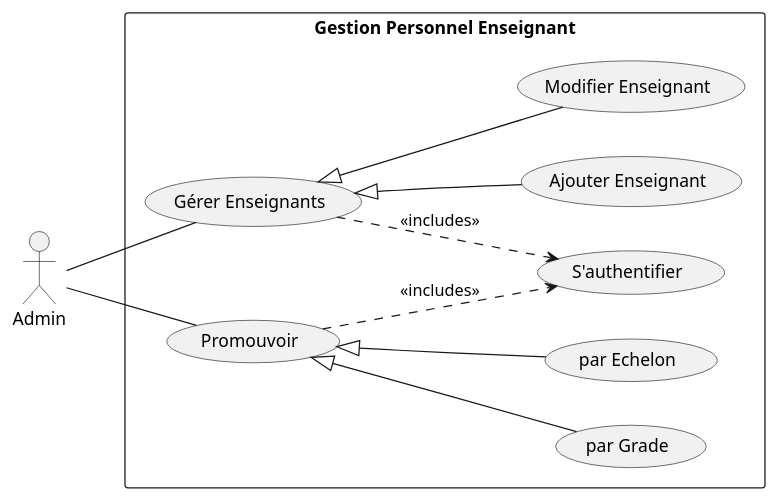
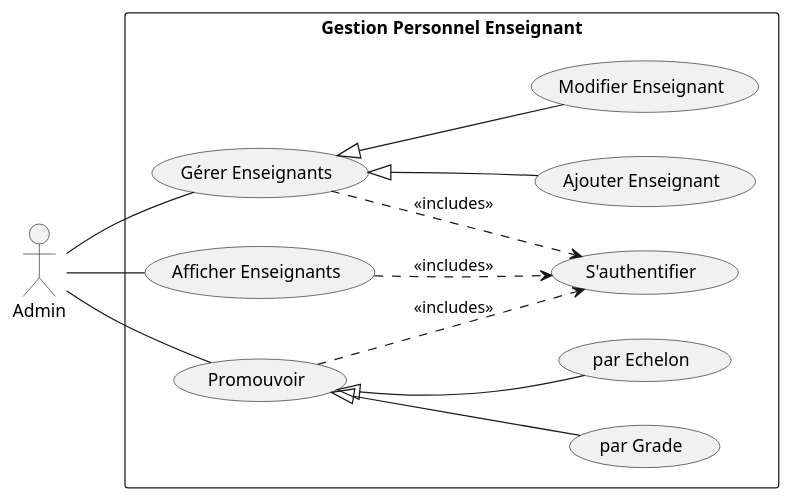
The diagram in App1/UseCase.wsd (Napi55/PlantUml), drawn with PlantUML before and after one commit.

Commit message:
Added Afficher Enseignants to DCU

```diff
--- a/App1/UseCase.wsd
+++ b/App1/UseCase.wsd
@@ -1,35 +1,39 @@
 @startuml UseCase1
 left to right direction
 
 actor :Admin: as ad
 
 rectangle "Gestion Personnel Enseignant" {
     (S'authentifier) as uc0
 
     (Gérer Enseignants) as uc1
 
     (Ajouter Enseignant) as uc2
     (Modifier Enseignant) as uc4
+    
+    (Afficher Enseignants) as uc8
 
     (Promouvoir) as uc5
 
     (par Grade) as uc6
     (par Echelon) as uc7
 }
 
 ' INCLUDE
 uc1 ..> uc0 : <<includes>>
 uc5 ..> uc0 : <<includes>>
+uc8 ..> uc0 : <<includes>>
 
 ' EXTENSIONS
 uc1 <|-- uc2
 uc1 <|-- uc4
 
 uc5 <|-- uc6
 uc5 <|-- uc7
 
 ' ASSOCIATIONS
 ad -- uc1
 ad -- uc5
+ad -- uc8
 
 @enduml
```
